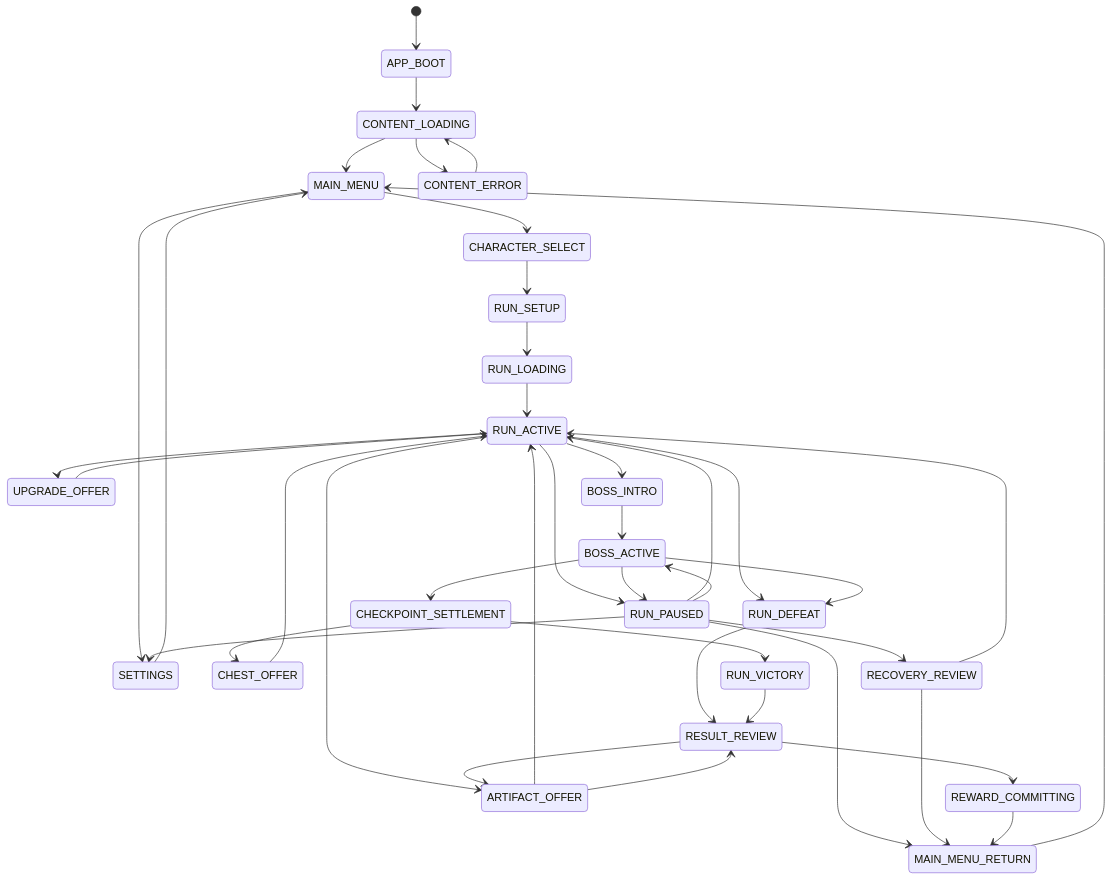
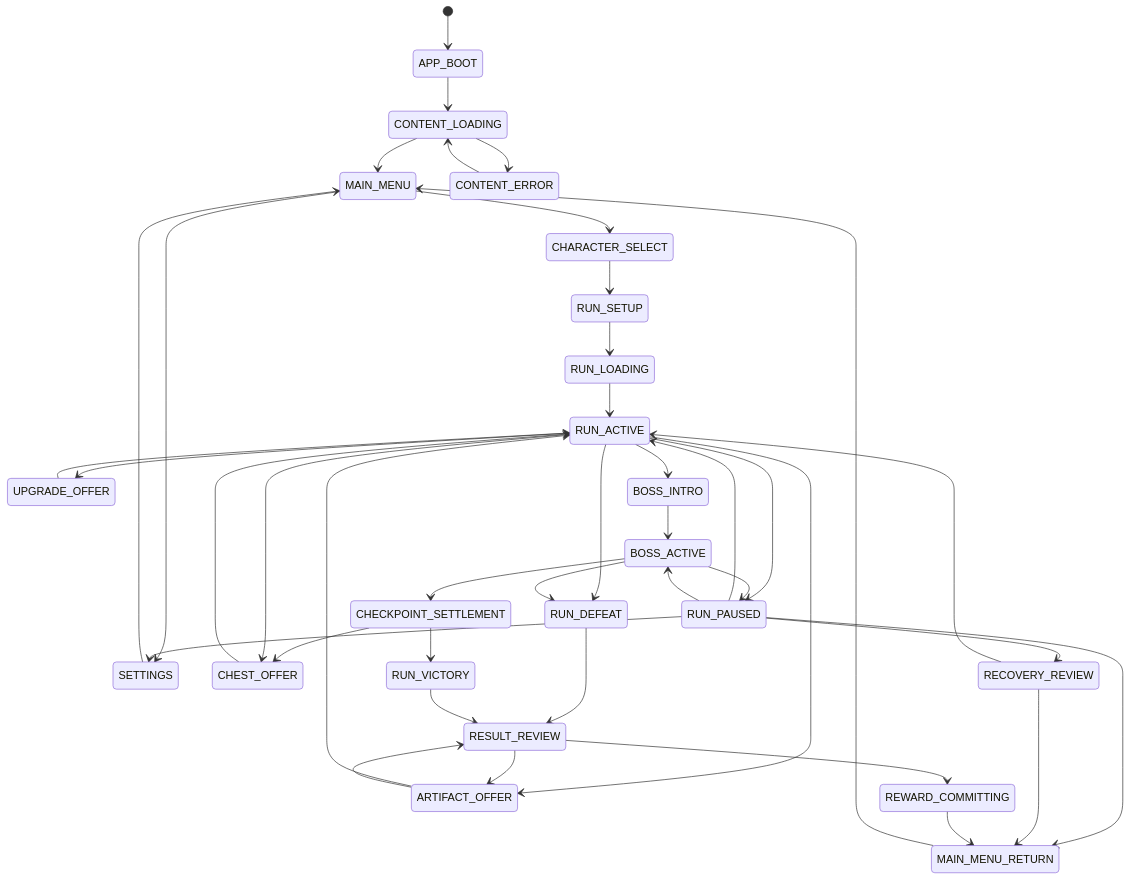
Before and after one commit to xxiamadelxx-blip/mac: the diagram in docs/architecture/first-run/FIRST_RUN_STATE_MACHINE.md, drawn with Mermaid. The commit also changed other lines of this file and 12 other files, not shown here.

Commit message:
docs(architecture): extend first run to 30 minutes

```diff
--- a/docs/architecture/first-run/FIRST_RUN_STATE_MACHINE.md
+++ b/docs/architecture/first-run/FIRST_RUN_STATE_MACHINE.md
@@ -53,42 +55,43 @@
 ~~~mermaid
 stateDiagram-v2
     [*] --> APP_BOOT
     APP_BOOT --> CONTENT_LOADING
     CONTENT_LOADING --> MAIN_MENU
     CONTENT_LOADING --> CONTENT_ERROR
     CONTENT_ERROR --> CONTENT_LOADING
     MAIN_MENU --> SETTINGS
     SETTINGS --> MAIN_MENU
     MAIN_MENU --> CHARACTER_SELECT
     CHARACTER_SELECT --> RUN_SETUP
     RUN_SETUP --> RUN_LOADING
     RUN_LOADING --> RUN_ACTIVE
     RUN_ACTIVE --> UPGRADE_OFFER
     UPGRADE_OFFER --> RUN_ACTIVE
     RUN_ACTIVE --> BOSS_INTRO
     BOSS_INTRO --> BOSS_ACTIVE
     BOSS_ACTIVE --> CHECKPOINT_SETTLEMENT
     CHECKPOINT_SETTLEMENT --> CHEST_OFFER
+    RUN_ACTIVE --> CHEST_OFFER
     CHECKPOINT_SETTLEMENT --> RUN_VICTORY
     RUN_ACTIVE --> ARTIFACT_OFFER
     RESULT_REVIEW --> ARTIFACT_OFFER
     ARTIFACT_OFFER --> RUN_ACTIVE
     ARTIFACT_OFFER --> RESULT_REVIEW
     CHEST_OFFER --> RUN_ACTIVE
     RUN_ACTIVE --> RUN_PAUSED
     BOSS_ACTIVE --> RUN_PAUSED
     RUN_PAUSED --> RUN_ACTIVE
     RUN_PAUSED --> BOSS_ACTIVE
     RUN_PAUSED --> SETTINGS
     RUN_PAUSED --> MAIN_MENU_RETURN
     RUN_PAUSED --> RECOVERY_REVIEW
     RECOVERY_REVIEW --> RUN_ACTIVE
     RECOVERY_REVIEW --> MAIN_MENU_RETURN
     RUN_ACTIVE --> RUN_DEFEAT
     BOSS_ACTIVE --> RUN_DEFEAT
     RUN_DEFEAT --> RESULT_REVIEW
     RUN_VICTORY --> RESULT_REVIEW
     RESULT_REVIEW --> REWARD_COMMITTING
     REWARD_COMMITTING --> MAIN_MENU_RETURN
     MAIN_MENU_RETURN --> MAIN_MENU
 ~~~
```
